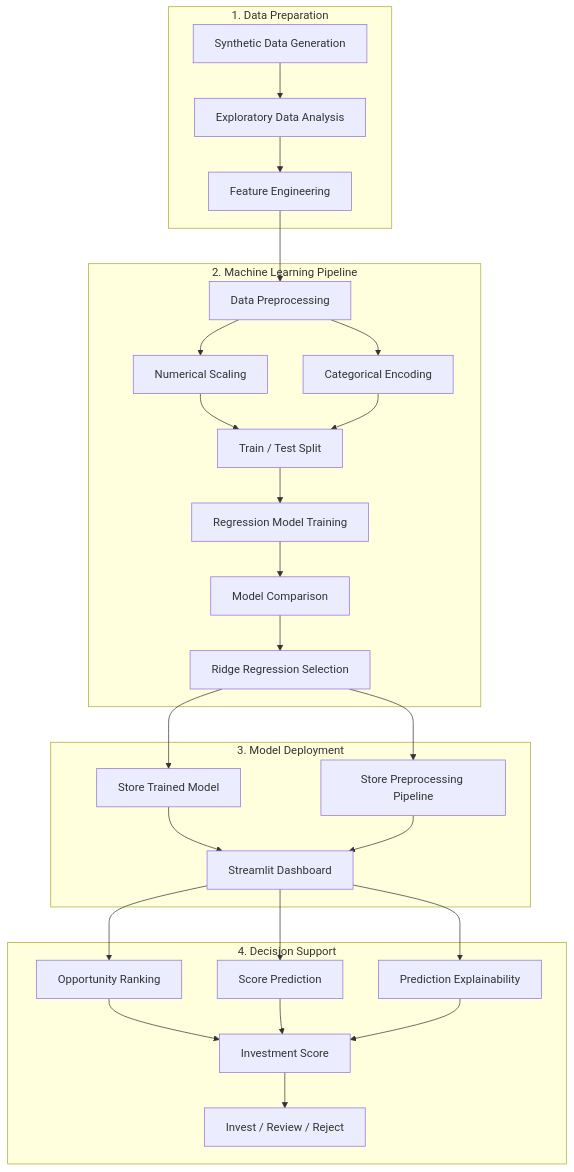
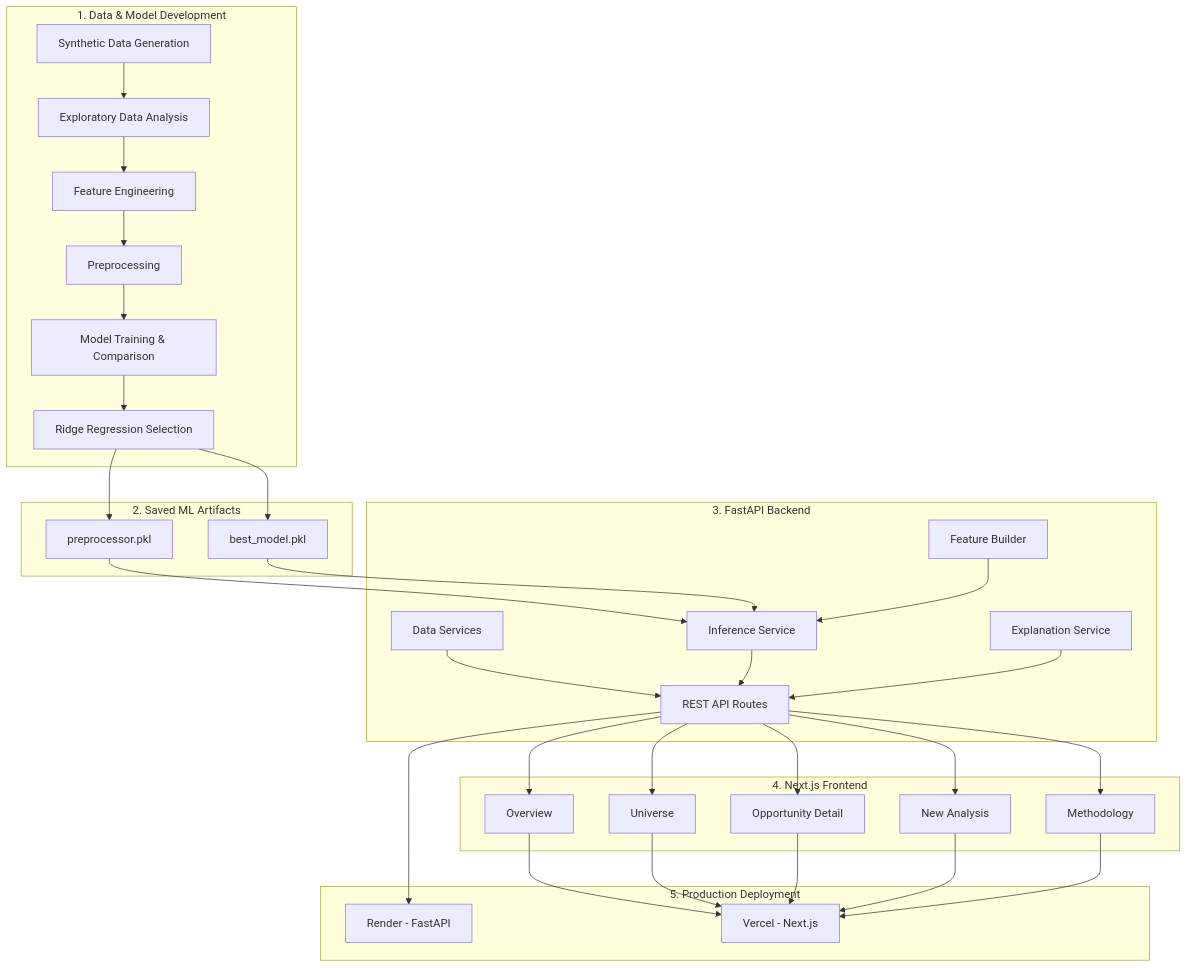
One commit to Azoqoz/ai-investment-opportunity-analyzer changed the diagram in README.md. Above: the diagram before and after it, drawn with Mermaid. The commit also changed other lines of this file, not shown here.

````diff
--- a/README.md
+++ b/README.md
@@ -149,55 +193,62 @@
 ```mermaid
 flowchart TD
-    subgraph A["1. Data Preparation"]
+    subgraph A["1. Data & Model Development"]
         A1[Synthetic Data Generation]
         A2[Exploratory Data Analysis]
         A3[Feature Engineering]
+        A4[Preprocessing]
+        A5[Model Training & Comparison]
+        A6[Ridge Regression Selection]
 
-        A1 --> A2 --> A3
+        A1 --> A2 --> A3 --> A4 --> A5 --> A6
     end
 
-    subgraph B["2. Machine Learning Pipeline"]
-        B1[Data Preprocessing]
-        B2[Numerical Scaling]
-        B3[Categorical Encoding]
-        B4[Train / Test Split]
-        B5[Regression Model Training]
-        B6[Model Comparison]
-        B7[Ridge Regression Selection]
+    subgraph B["2. Saved ML Artifacts"]
+        B1[preprocessor.pkl]
+        B2[best_model.pkl]
 
-        B1 --> B2
-        B1 --> B3
-        B2 --> B4
-        B3 --> B4
-        B4 --> B5 --> B6 --> B7
+        A6 --> B1
+        A6 --> B2
     end
 
-    subgraph C["3. Model Deployment"]
-        C1[Store Trained Model]
-        C2[Store Preprocessing Pipeline]
-        C3[Streamlit Dashboard]
+    subgraph C["3. FastAPI Backend"]
+        C1[Data Services]
+        C2[Feature Builder]
+        C3[Inference Service]
+        C4[Explanation Service]
+        C5[REST API Routes]
 
-        C1 --> C3
+        B1 --> C3
+        B2 --> C3
+        C1 --> C5
         C2 --> C3
+        C3 --> C5
+        C4 --> C5
     end
 
-    subgraph D["4. Decision Support"]
-        D1[Opportunity Ranking]
-        D2[Score Prediction]
-        D3[Prediction Explainability]
-        D4[Investment Score]
-        D5[Invest / Review / Reject]
+    subgraph D["4. Next.js Frontend"]
+        D1[Overview]
+        D2[Universe]
+        D3[Opportunity Detail]
+        D4[New Analysis]
+        D5[Methodology]
 
-        D1 --> D4
-        D2 --> D4
-        D3 --> D4
-        D4 --> D5
+        C5 --> D1
+        C5 --> D2
+        C5 --> D3
+        C5 --> D4
+        C5 --> D5
     end
 
-    A3 --> B1
-    B7 --> C1
-    B7 --> C2
-    C3 --> D1
-    C3 --> D2
-    C3 --> D3
+    subgraph E["5. Production Deployment"]
+        E1[Render - FastAPI]
+        E2[Vercel - Next.js]
+
+        C5 --> E1
+        D1 --> E2
+        D2 --> E2
+        D3 --> E2
+        D4 --> E2
+        D5 --> E2
+    end
 ```
````
